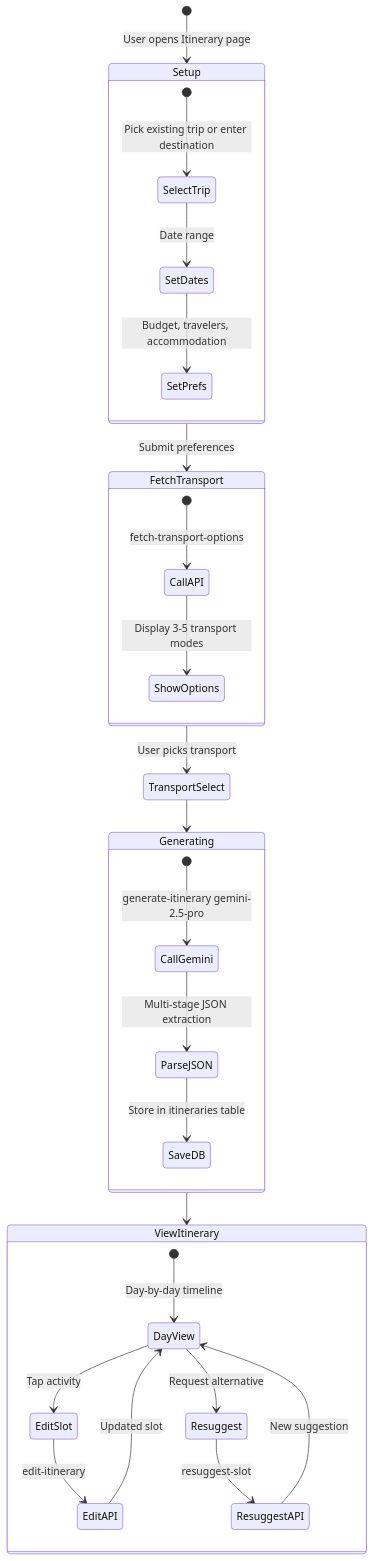
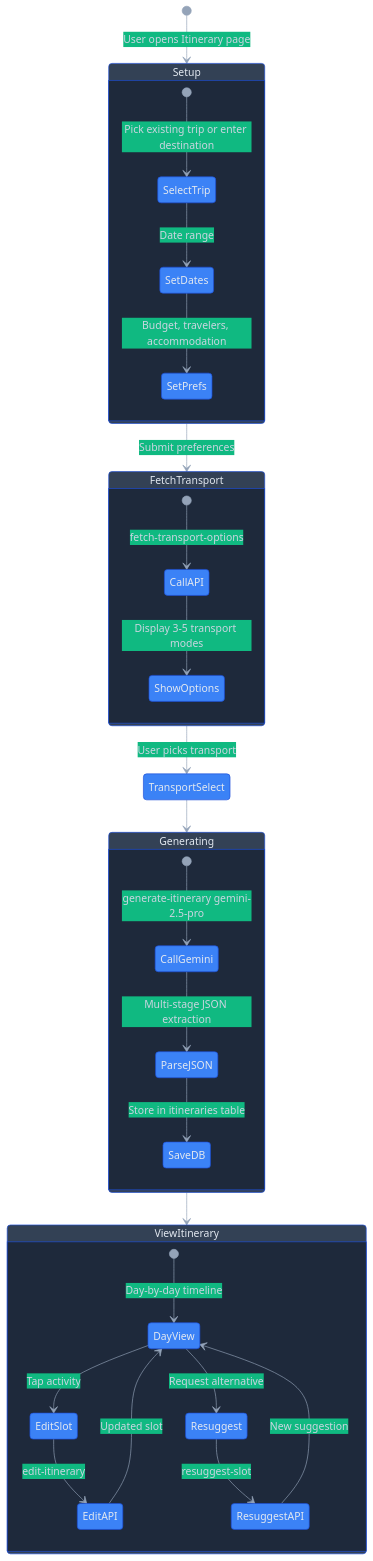
The eighth of 9 diagrams in README.md (Adamya-Varshney/Xcurson-AI-Travel-Planner), drawn with Mermaid before and after one commit. The commit also changed other lines of this file, not shown here.

First line of the commit message:
Style README diagrams with bright color-coded theme

````diff
--- a/README.md
+++ b/README.md
@@ -600,39 +662,40 @@
 ```mermaid
+%%{init: {'theme': 'base', 'themeVariables': {'primaryColor': '#3B82F6', 'primaryTextColor': '#FFFFFF', 'primaryBorderColor': '#1D4ED8', 'lineColor': '#94A3B8', 'compositeBackground': '#1E293B', 'compositeBorder': '#475569', 'compositeTitleBackground': '#334155', 'secondaryColor': '#10B981', 'tertiaryColor': '#8B5CF6', 'background': 'transparent', 'textColor': '#E2E8F0', 'transitionColor': '#94A3B8', 'transitionLabelColor': '#CBD5E1', 'stateLabelColor': '#E2E8F0'}}}%%
 stateDiagram-v2
     [*] --> Setup: User opens Itinerary page
 
     state Setup {
         [*] --> SelectTrip: Pick existing trip or enter destination
         SelectTrip --> SetDates: Date range
         SetDates --> SetPrefs: Budget, travelers, accommodation
     }
 
     Setup --> FetchTransport: Submit preferences
 
     state FetchTransport {
         [*] --> CallAPI: fetch-transport-options
         CallAPI --> ShowOptions: Display 3-5 transport modes
     }
 
     FetchTransport --> TransportSelect: User picks transport
 
     state Generating {
         [*] --> CallGemini: generate-itinerary gemini-2.5-pro
         CallGemini --> ParseJSON: Multi-stage JSON extraction
         ParseJSON --> SaveDB: Store in itineraries table
     }
 
     TransportSelect --> Generating
 
     state ViewItinerary {
         [*] --> DayView: Day-by-day timeline
         DayView --> EditSlot: Tap activity
         EditSlot --> EditAPI: edit-itinerary
         EditAPI --> DayView: Updated slot
         DayView --> Resuggest: Request alternative
         Resuggest --> ResuggestAPI: resuggest-slot
         ResuggestAPI --> DayView: New suggestion
     }
 
     Generating --> ViewItinerary
 ```
````
